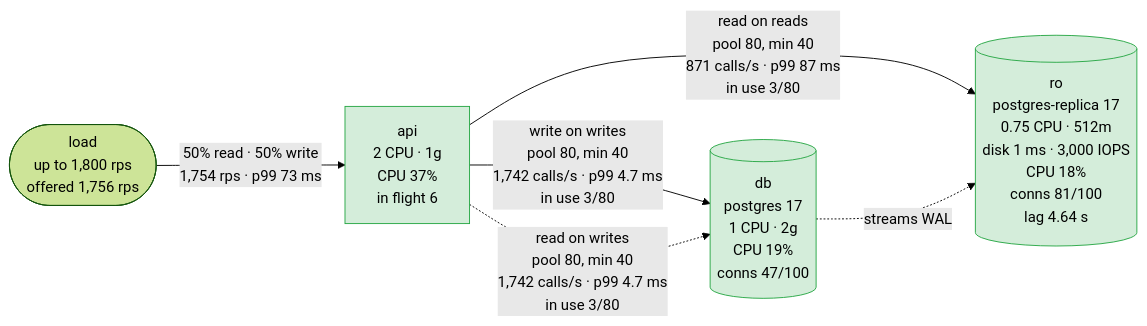
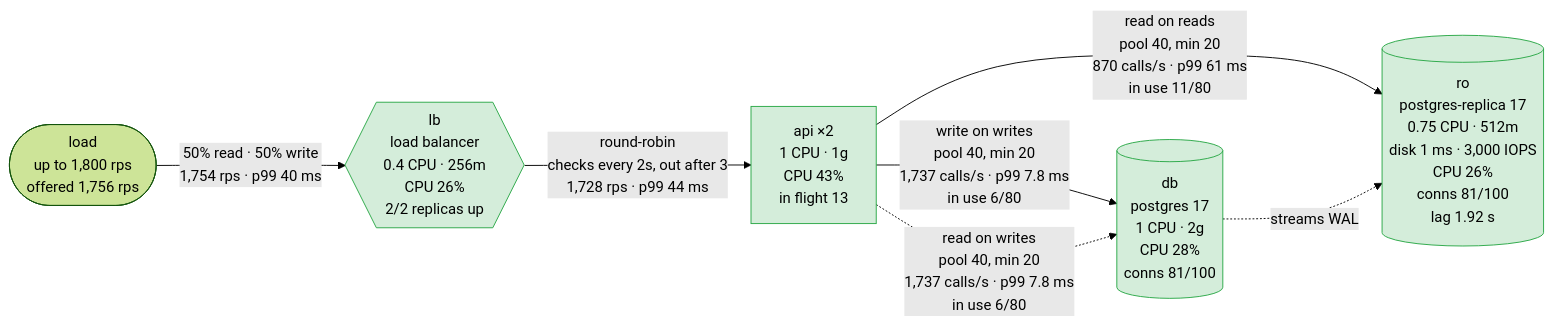
Before and after one commit to akinfemi/load-lore: the first of 5 diagrams in scenarios/stale-orders/solutions/read-your-writes/report.md, drawn with Mermaid (forest theme). The commit also changed other lines of this file and 49 other files, not shown here.

````diff
--- a/scenarios/stale-orders/solutions/read-your-writes/report.md
+++ b/scenarios/stale-orders/solutions/read-your-writes/report.md
@@ -15,16 +15,18 @@
 ```mermaid
 flowchart LR
     load(["load<br/>up to 1,800 rps<br/>offered 1,756 rps"])
-    api["api<br/>2 CPU · 1g<br/>CPU 37%<br/>in flight 6"]
-    ro[("ro<br/>postgres-replica 17<br/>0.75 CPU · 512m<br/>disk 1 ms · 3,000 IOPS<br/>CPU 18%<br/>conns 81/100<br/>lag 4.64 s")]
-    db[("db<br/>postgres 17<br/>1 CPU · 2g<br/>CPU 19%<br/>conns 47/100")]
-    load -->|"50% read · 50% write<br/>1,754 rps · p99 73 ms"| api
-    api -->|"read on reads<br/>pool 80, min 40<br/>871 calls/s · p99 87 ms<br/>in use 3/80"| ro
-    api -->|"write on writes<br/>pool 80, min 40<br/>1,742 calls/s · p99 4.7 ms<br/>in use 3/80"| db
-    api -.->|"read on writes<br/>pool 80, min 40<br/>1,742 calls/s · p99 4.7 ms<br/>in use 3/80"| db
+    lb{{"lb<br/>load balancer<br/>0.4 CPU · 256m<br/>CPU 26%<br/>2/2 replicas up"}}
+    api["api ×2<br/>1 CPU · 1g<br/>CPU 43%<br/>in flight 13"]
+    ro[("ro<br/>postgres-replica 17<br/>0.75 CPU · 512m<br/>disk 1 ms · 3,000 IOPS<br/>CPU 26%<br/>conns 81/100<br/>lag 1.92 s")]
+    db[("db<br/>postgres 17<br/>1 CPU · 2g<br/>CPU 28%<br/>conns 81/100")]
+    load -->|"50% read · 50% write<br/>1,754 rps · p99 40 ms"| lb
+    lb -->|"round-robin<br/>checks every 2s, out after 3<br/>1,728 rps · p99 44 ms"| api
+    api -->|"read on reads<br/>pool 40, min 20<br/>870 calls/s · p99 61 ms<br/>in use 11/80"| ro
+    api -->|"write on writes<br/>pool 40, min 20<br/>1,737 calls/s · p99 7.8 ms<br/>in use 6/80"| db
+    api -.->|"read on writes<br/>pool 40, min 20<br/>1,737 calls/s · p99 7.8 ms<br/>in use 6/80"| db
     db -.->|"streams WAL"| ro
     classDef ok fill:#d4edda,stroke:#28a745,color:#000
     classDef warm fill:#fff3cd,stroke:#d39e00,color:#000
     classDef hot fill:#f8d7da,stroke:#dc3545,color:#000
-    class api,ro,db ok
+    class lb,api,ro,db ok
 ```
````
